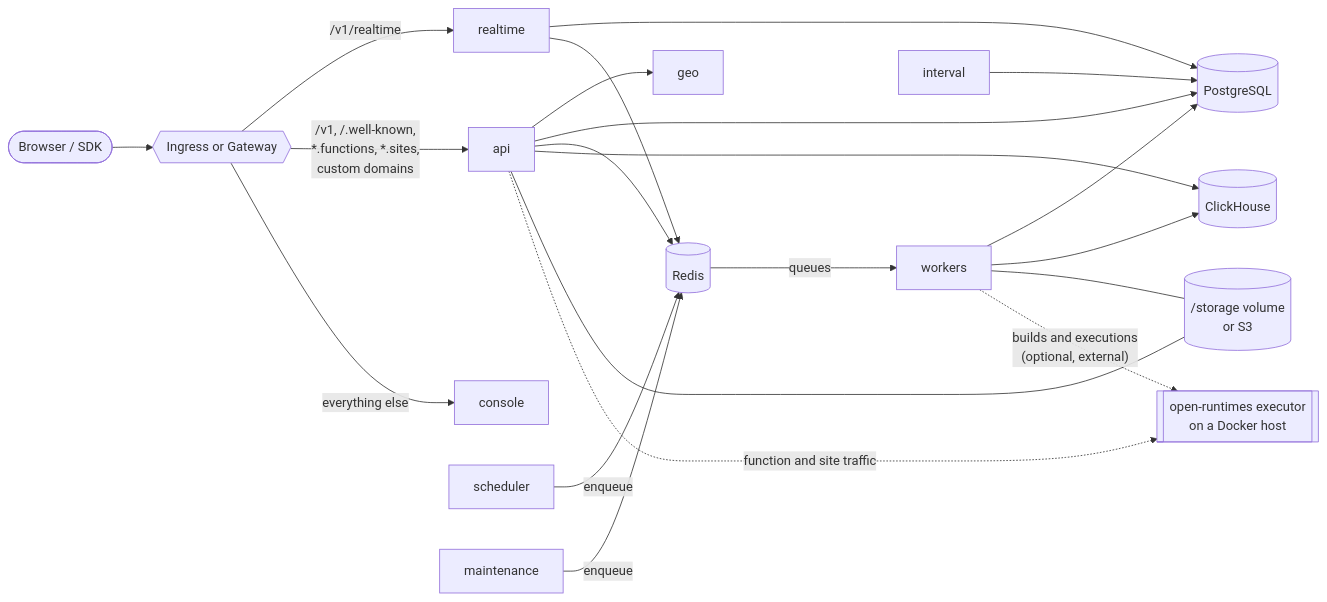
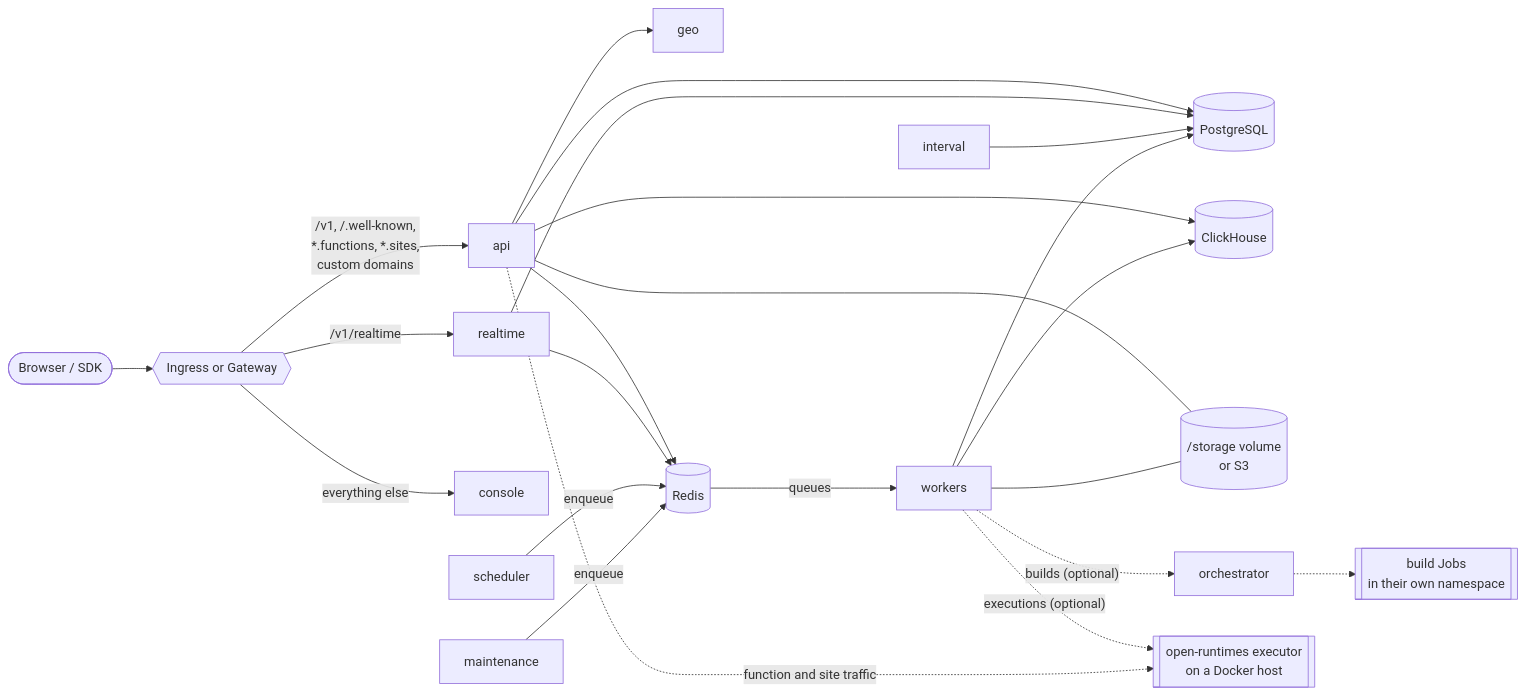
The diagram in docs/architecture.md (appwrite/helm-chart), drawn with Mermaid before and after one commit. The commit also changed other lines of this file and 33 other files, not shown here.

````diff
--- a/docs/architecture.md
+++ b/docs/architecture.md
@@ -8,28 +8,29 @@
 ```mermaid
 flowchart LR
   user([Browser / SDK]) --> edge{{Ingress or Gateway}}
 
   edge -- "/v1/realtime" --> realtime[realtime]
   edge -- "/v1, /.well-known,\n*.functions, *.sites,\ncustom domains" --> api[api]
   edge -- "everything else" --> console[console]
 
   api --> geo[geo]
   api --> pg[(PostgreSQL)]
   api --> redis[(Redis)]
   api --> ch[(ClickHouse)]
   realtime --> pg
   realtime --> redis
 
   redis -- queues --> worker[workers]
   scheduler[scheduler] -- enqueue --> redis
   maintenance[maintenance] -- enqueue --> redis
   interval[interval] --> pg
 
   worker --> pg
   worker --> ch
   api --- storage[(/storage volume\nor S3)]
   worker --- storage
 
-  worker -. "builds and executions\n(optional, external)" .-> executor[[open-runtimes executor\non a Docker host]]
+  worker -. "builds (optional)" .-> orchestrator[orchestrator] -.-> builds[[build Jobs\nin their own namespace]]
+  worker -. "executions (optional)" .-> executor[[open-runtimes executor\non a Docker host]]
   api -. "function and site traffic" .-> executor
 ```
````
